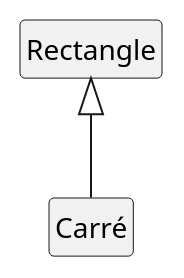
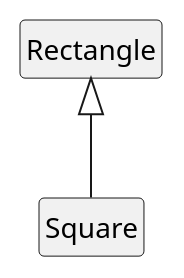
Before and after one commit to jmbruel/InnopolisDesignPatterns: the diagram in materials/images/carre.plantuml, drawn with PlantUML. The commit also changed 20 other files, not shown here.

```diff
--- a/materials/images/carre.plantuml
+++ b/materials/images/carre.plantuml
@@ -1,21 +1,21 @@
 @startuml
 
 '-----------------------------------
 ' UML concepts illustrated
 ' JMB 2014
 '-----------------------------------
 
 hide circle
 hide empty members
 hide empty methods
 
 
 class Rectangle {
 }
 
-class Carré {
+class Square {
 }
 
-Rectangle <|-- Carré
+Rectangle <|-- Square
 
 @enduml
```
